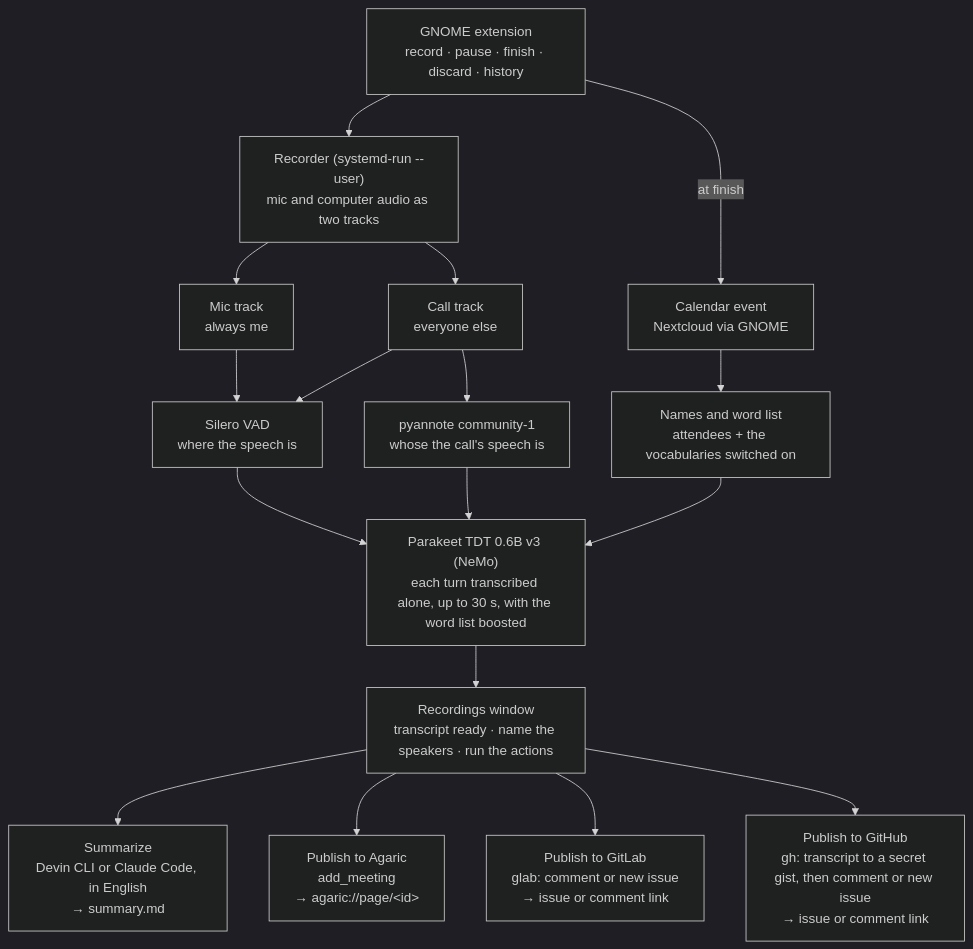
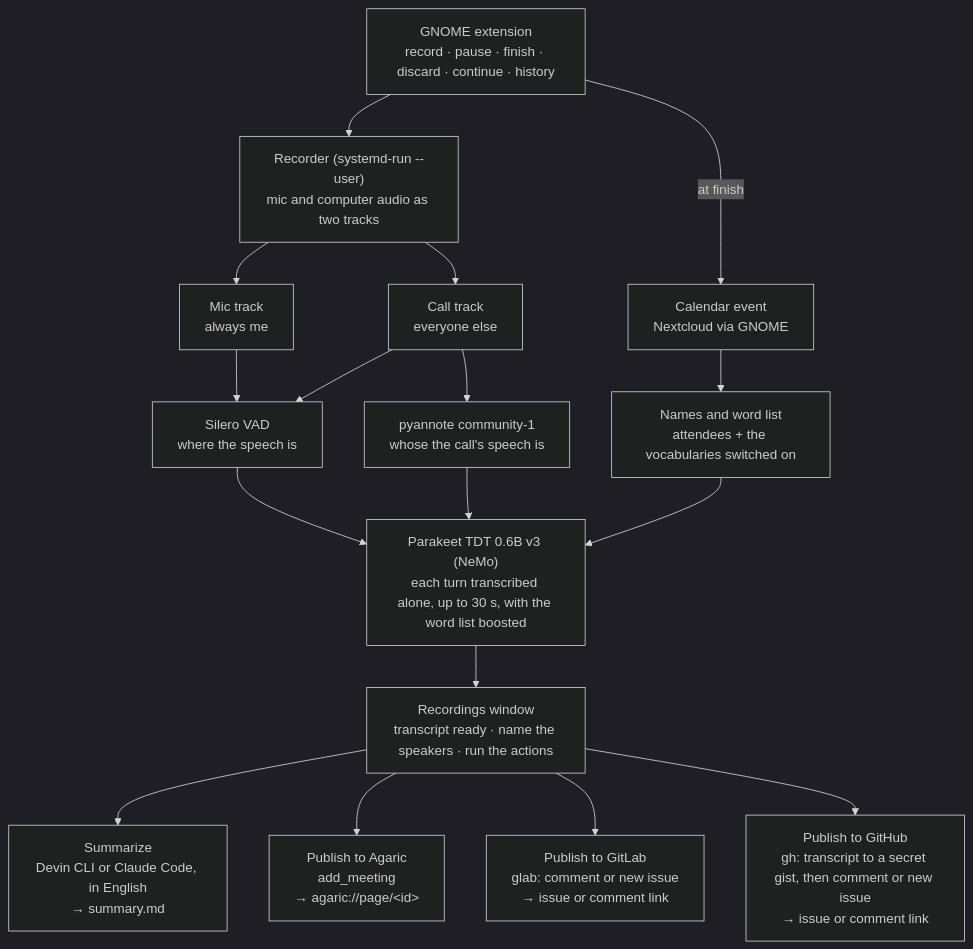
Before and after one commit to jfolcini/minutas: the first of 2 diagrams in docs/design.md, drawn with Mermaid (dark theme). The commit also changed other lines of this file and 16 other files, not shown here.

````diff
--- a/docs/design.md
+++ b/docs/design.md
@@ -50,34 +50,34 @@
 ```mermaid
 flowchart TD
-    ext["GNOME extension<br/>record · pause · finish · discard · history"]
+    ext["GNOME extension<br/>record · pause · finish · discard · continue · history"]
     rec["Recorder (systemd-run --user)<br/>mic and computer audio as two tracks"]
     mic["Mic track<br/>always me"]
     calltrack["Call track<br/>everyone else"]
     cal["Calendar event<br/>Nextcloud via GNOME"]
     vad["Silero VAD<br/>where the speech is"]
     diar["pyannote community-1<br/>whose the call's speech is"]
     words["Names and word list<br/>attendees + the vocabularies switched on"]
     asr["Parakeet TDT 0.6B v3 (NeMo)<br/>each turn transcribed alone, up to 30 s, with the word list boosted"]
     hist["Recordings window<br/>transcript ready · name the speakers · run the actions"]
     sum["Summarize<br/>Devin CLI or Claude Code, in English<br/>→ summary.md"]
     agaric["Publish to Agaric<br/>add_meeting<br/>→ agaric://page/&lt;id&gt;"]
     gitlab["Publish to GitLab<br/>glab: comment or new issue<br/>→ issue or comment link"]
     github["Publish to GitHub<br/>gh: transcript to a secret gist, then comment or new issue<br/>→ issue or comment link"]
 
     ext --> rec
     ext -- at finish --> cal
     rec --> mic
     rec --> calltrack
     mic --> vad
     calltrack --> vad
     calltrack --> diar
     cal --> words
     vad --> asr
     diar --> asr
     words --> asr
     asr --> hist
     hist --> sum
     hist --> agaric
     hist --> gitlab
     hist --> github
 ```
````
